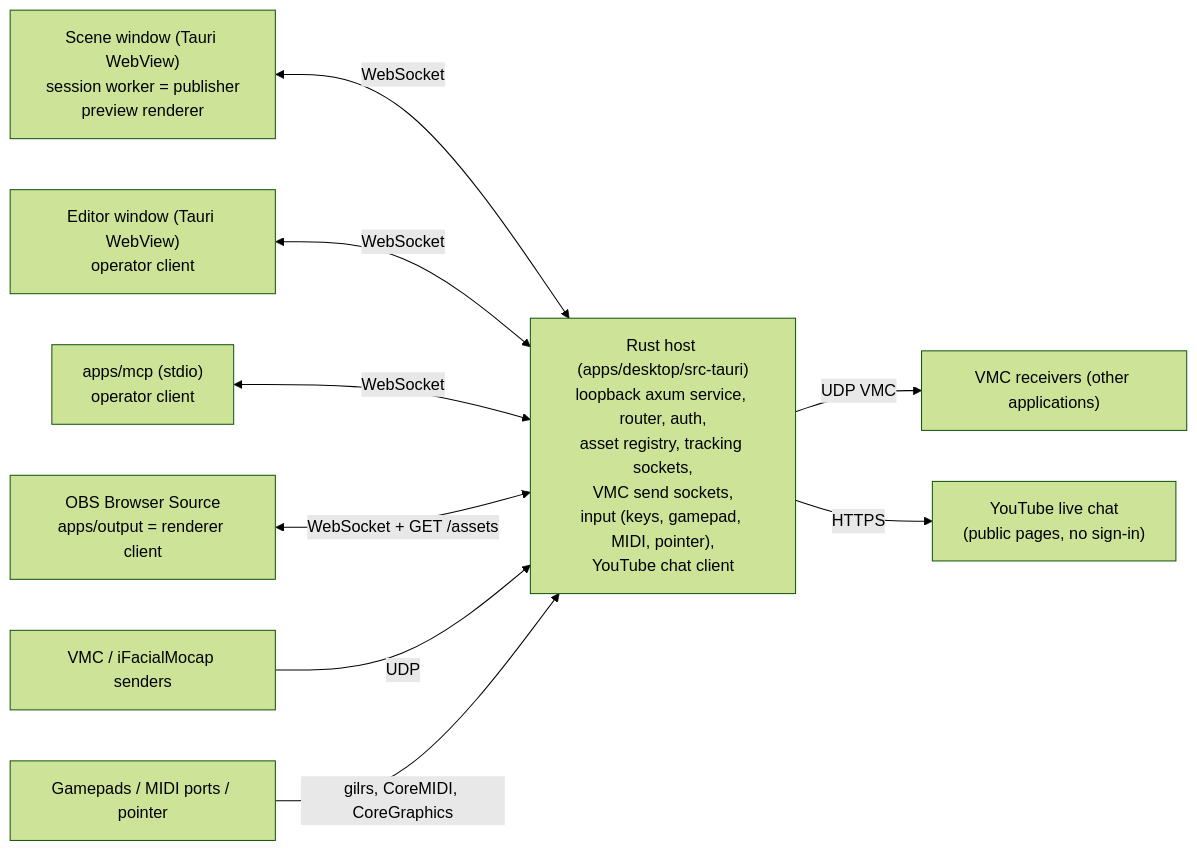
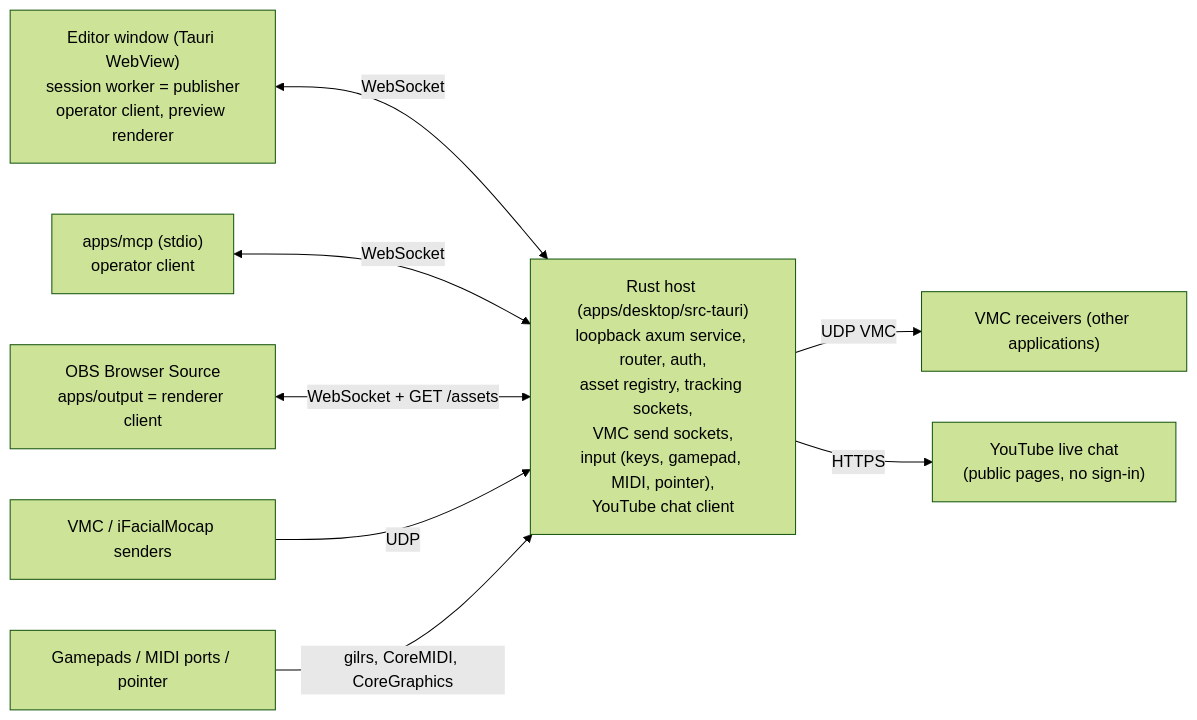
Before and after one commit to danirukun/opensekai: the diagram in ARCHITECTURE.md, drawn with Mermaid (forest theme). The commit also changed other lines of this file and 4 other files, not shown here.

Commit message:
Describe the one editor window in the code map and the QA skills

````diff
--- a/ARCHITECTURE.md
+++ b/ARCHITECTURE.md
@@ -7,12 +7,11 @@
 ```mermaid
 flowchart LR
-  Scene["Scene window (Tauri WebView)\nsession worker = publisher\npreview renderer"] <-->|WebSocket| Host
-  Editor["Editor window (Tauri WebView)\noperator client"] <-->|WebSocket| Host
+  Editor["Editor window (Tauri WebView)\nsession worker = publisher\noperator client, preview renderer"] <-->|WebSocket| Host
   MCP["apps/mcp (stdio)\noperator client"] <-->|WebSocket| Host
   OBS["OBS Browser Source\napps/output = renderer client"] <-->|WebSocket + GET /assets| Host
   Host["Rust host (apps/desktop/src-tauri)\nloopback axum service, router, auth,\nasset registry, tracking sockets,\nVMC send sockets,\ninput (keys, gamepad, MIDI, pointer),\nYouTube chat client"]
   Trackers["VMC / iFacialMocap senders"] -->|UDP| Host
   Host -->|UDP VMC| Receivers["VMC receivers (other applications)"]
   Devices["Gamepads / MIDI ports / pointer"] -->|gilrs, CoreMIDI, CoreGraphics| Host
   Host -->|HTTPS| YouTube["YouTube live chat\n(public pages, no sign-in)"]
 ```
````
